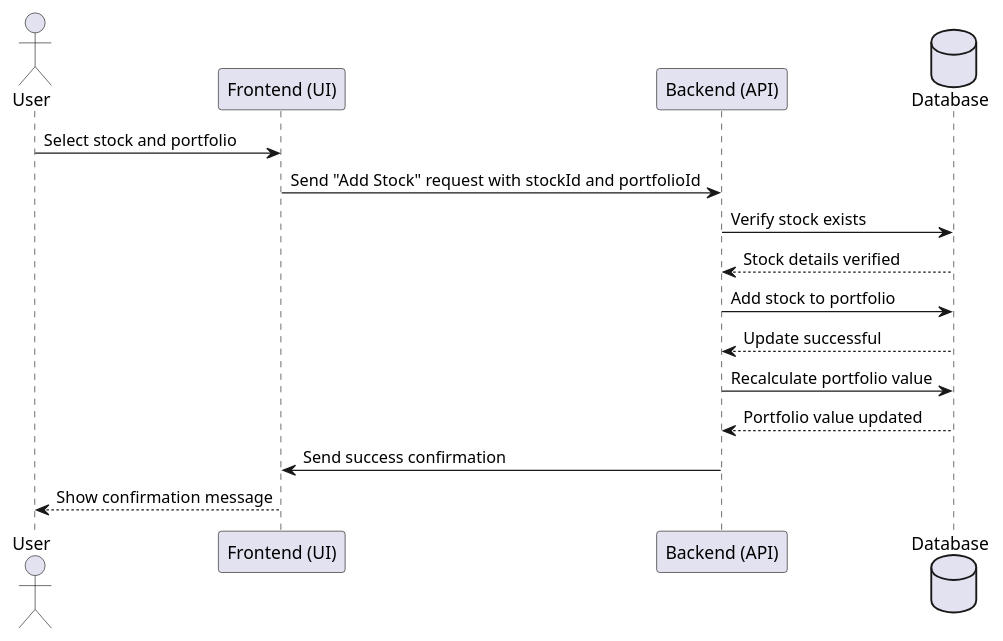
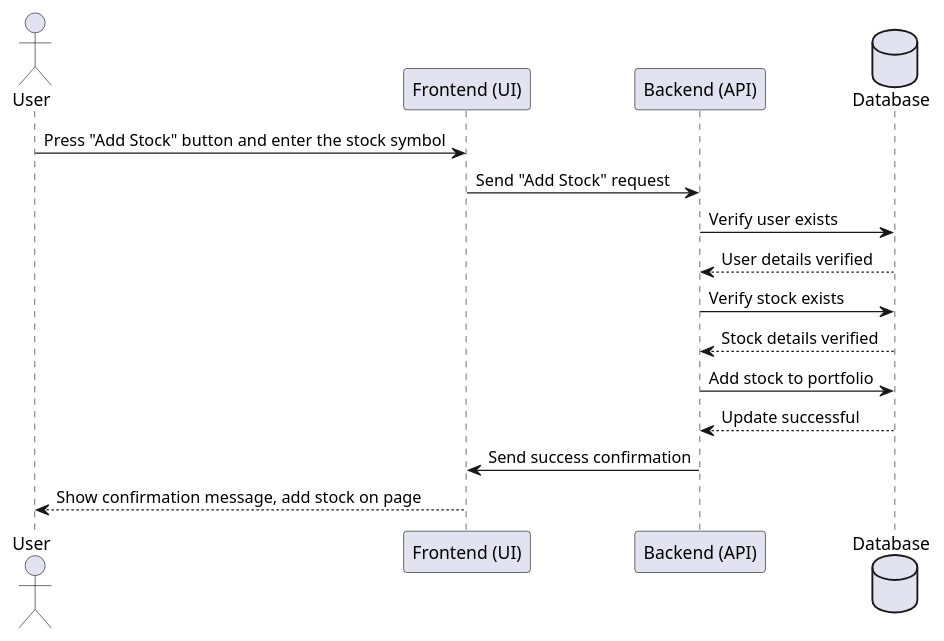
One commit to roei910/my-stocks changed the diagram in oop course/draws/sequence diagrams/addStock.puml. Above: the diagram before and after it, drawn with PlantUML. The commit also changed 10 other files, not shown here.

```diff
--- a/oop course/draws/sequence diagrams/addStock.puml
+++ b/oop course/draws/sequence diagrams/addStock.puml
@@ -1,17 +1,17 @@
 @startuml
 actor User
 participant "Frontend (UI)" as UI
 participant "Backend (API)" as API
 database Database
 
-User -> UI: Select stock and portfolio
-UI -> API: Send "Add Stock" request with stockId and portfolioId
+User -> UI: Press "Add Stock" button and enter the stock symbol
+UI -> API: Send "Add Stock" request
+API -> Database: Verify user exists
+Database --> API: User details verified
 API -> Database: Verify stock exists
 Database --> API: Stock details verified
 API -> Database: Add stock to portfolio
 Database --> API: Update successful
-API -> Database: Recalculate portfolio value
-Database --> API: Portfolio value updated
 API -> UI: Send success confirmation
-UI --> User: Show confirmation message
+UI --> User: Show confirmation message, add stock on page
 @enduml
```
